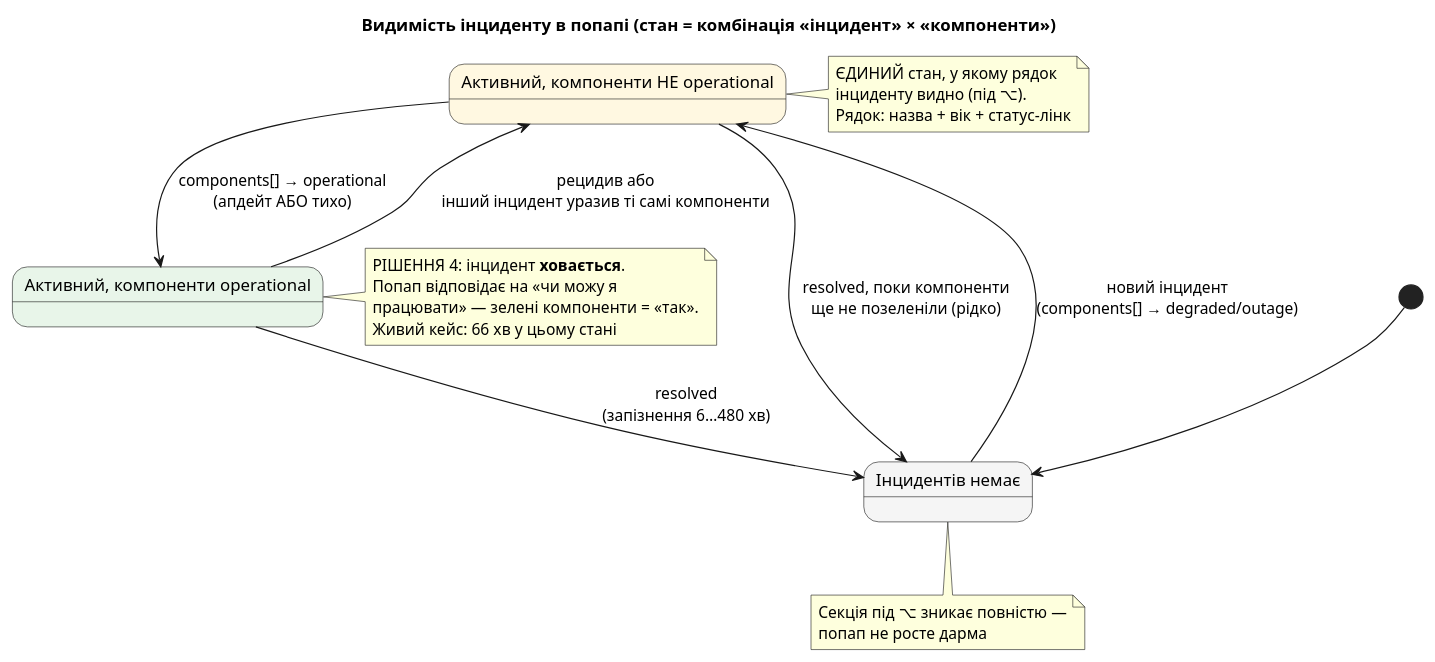
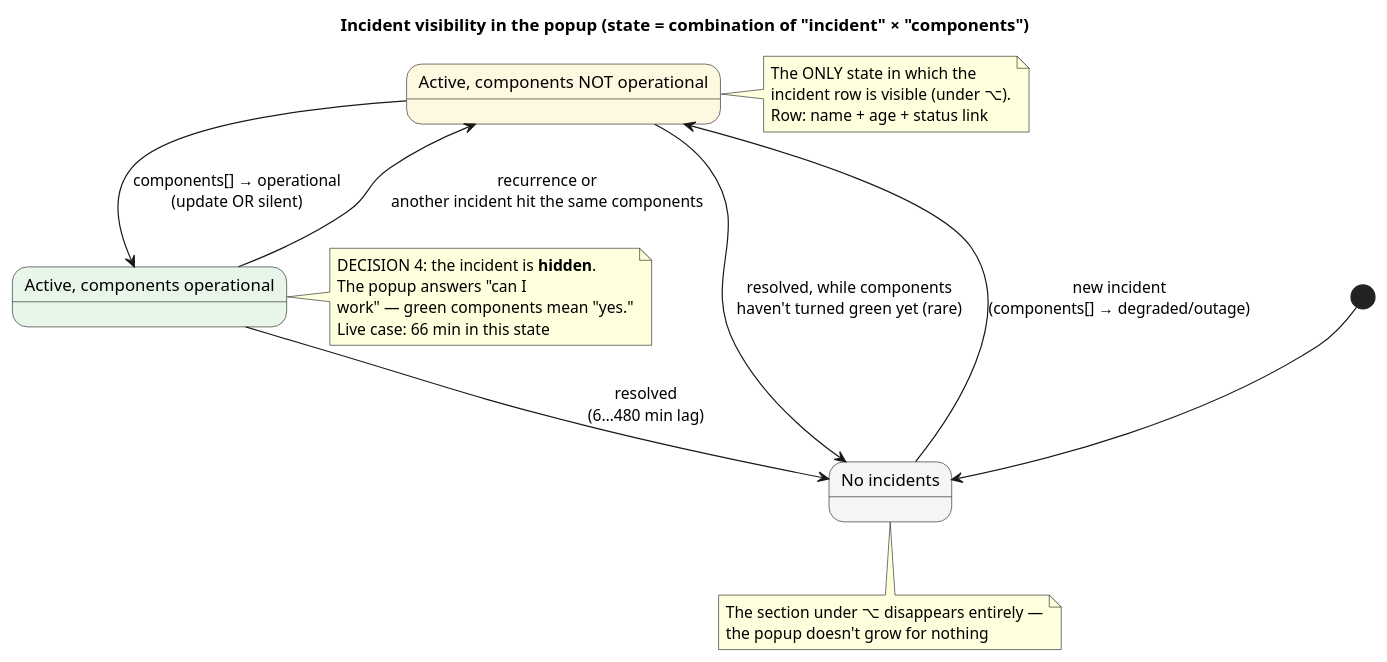
The first of 3 diagrams in docs/adr/0071-incident-subscriptions.md (artem-from-ua/tokenpace), drawn with PlantUML before and after one commit. The commit also changed other lines of this file and 116 other files, not shown here.

````diff
--- a/docs/adr/0071-incident-subscriptions.md
+++ b/docs/adr/0071-incident-subscriptions.md
@@ -84,43 +87,43 @@
 ```plantuml
 @startuml
-title Видимість інциденту в попапі (стан = комбінація «інцидент» × «компоненти»)
+title Incident visibility in the popup (state = combination of "incident" × "components")
 
 skinparam state {
   BackgroundColor<<hidden>> #F5F5F5
   BackgroundColor<<shown>> #FFF8E1
   BackgroundColor<<green>> #E8F5E9
 }
 
 [*] --> NoIncident
 
-state "Інцидентів немає" as NoIncident <<hidden>>
-state "Активний, компоненти НЕ operational" as Active <<shown>>
-state "Активний, компоненти operational" as GreenOpen <<green>>
+state "No incidents" as NoIncident <<hidden>>
+state "Active, components NOT operational" as Active <<shown>>
+state "Active, components operational" as GreenOpen <<green>>
 
-NoIncident --> Active : новий інцидент\n(components[] → degraded/outage)
+NoIncident --> Active : new incident\n(components[] → degraded/outage)
 
-Active --> GreenOpen : components[] → operational\n(апдейт АБО тихо)
-GreenOpen --> Active : рецидив або\nінший інцидент уразив ті самі компоненти
+Active --> GreenOpen : components[] → operational\n(update OR silent)
+GreenOpen --> Active : recurrence or\nanother incident hit the same components
 
-Active --> NoIncident : resolved, поки компоненти\nще не позеленіли (рідко)
-GreenOpen --> NoIncident : resolved\n(запізнення 6…480 хв)
+Active --> NoIncident : resolved, while components\nhaven't turned green yet (rare)
+GreenOpen --> NoIncident : resolved\n(6…480 min lag)
 
 note right of Active
-  ЄДИНИЙ стан, у якому рядок
-  інциденту видно (під ⌥).
-  Рядок: назва + вік + статус-лінк
+  The ONLY state in which the
+  incident row is visible (under ⌥).
+  Row: name + age + status link
 end note
 
 note right of GreenOpen
-  РІШЕННЯ 4: інцидент **ховається**.
-  Попап відповідає на «чи можу я
-  працювати» — зелені компоненти = «так».
-  Живий кейс: 66 хв у цьому стані
+  DECISION 4: the incident is **hidden**.
+  The popup answers "can I
+  work" — green components mean "yes."
+  Live case: 66 min in this state
 end note
 
 note bottom of NoIncident
-  Секція під ⌥ зникає повністю —
-  попап не росте дарма
+  The section under ⌥ disappears entirely —
+  the popup doesn't grow for nothing
 end note
 @enduml
 ```
````
